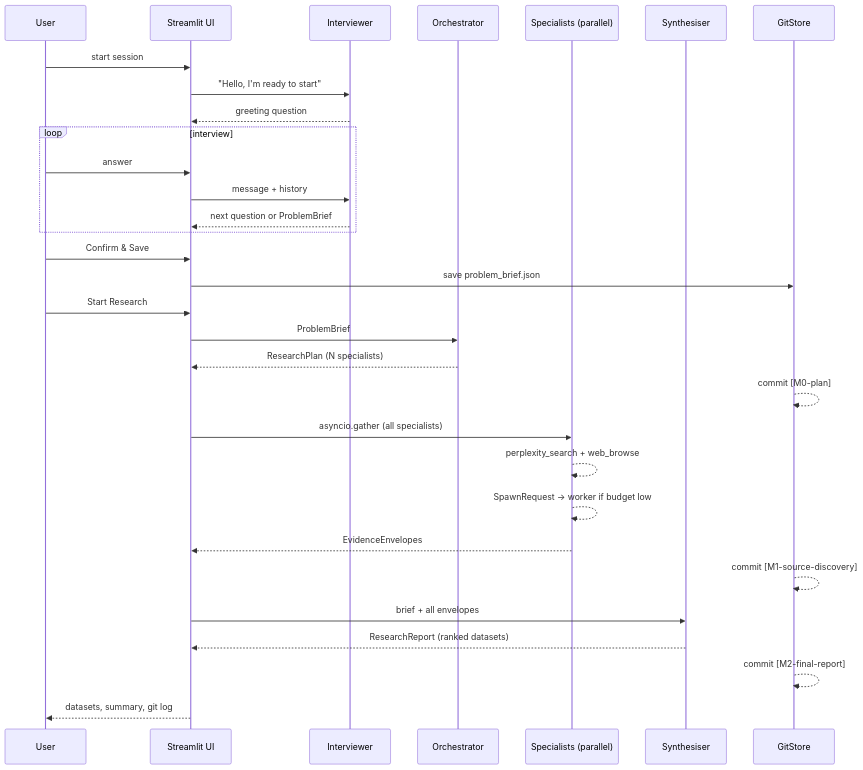
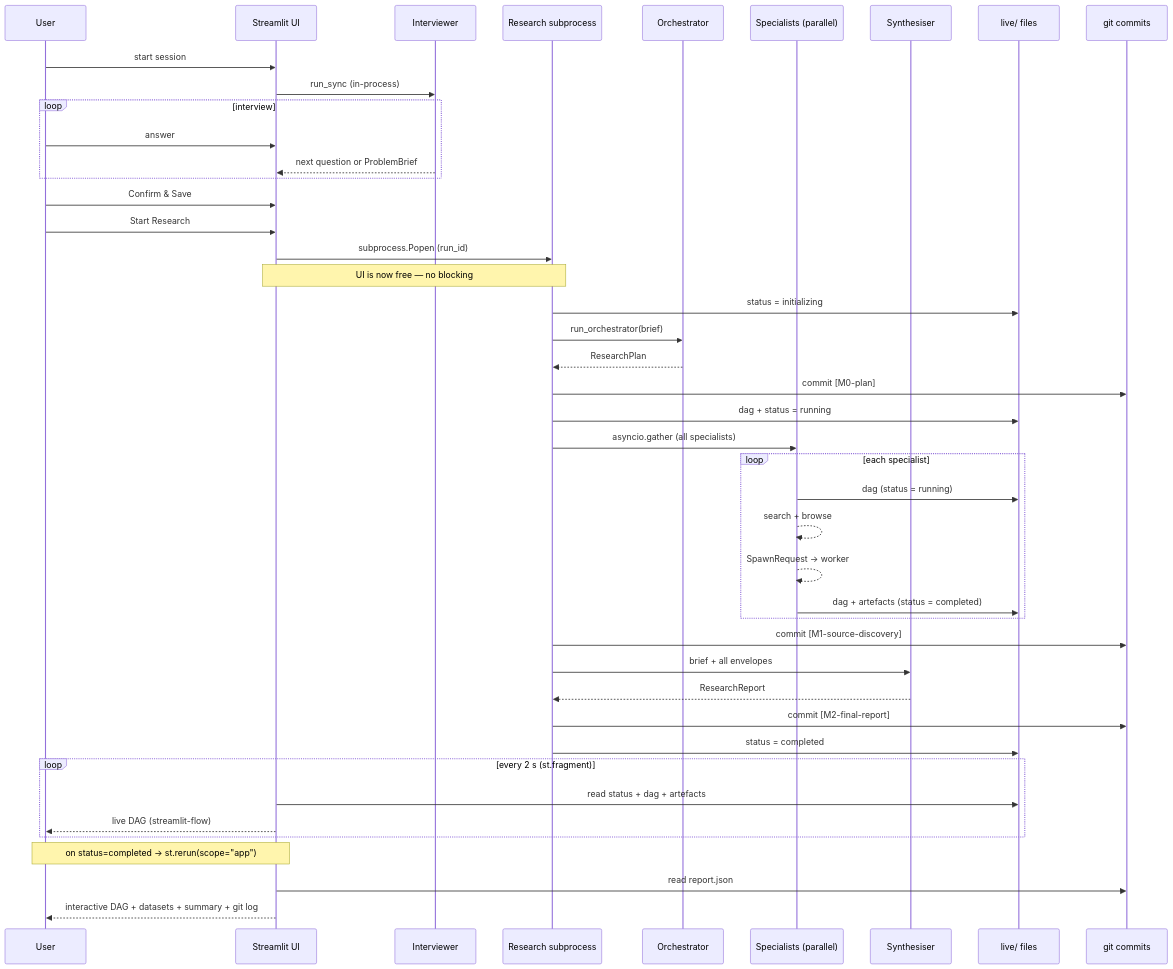
Before and after one commit to ai-agents-for-humans/slow-ai: the second of 5 diagrams in README.md, drawn with Mermaid. The commit also changed other lines of this file and 8 other files, not shown here.

Commit message:
Now adding flow diagram and changing architecture

````diff
--- a/README.md
+++ b/README.md
@@ -304,38 +313,52 @@
 ```mermaid
 sequenceDiagram
     participant U as User
     participant UI as Streamlit UI
     participant IV as Interviewer
+    participant SUB as Research subprocess
     participant ORC as Orchestrator
     participant SP as Specialists (parallel)
     participant SYN as Synthesiser
-    participant GIT as GitStore
+    participant LIVE as live/ files
+    participant GIT as git commits
 
     U->>UI: start session
-    UI->>IV: "Hello, I'm ready to start"
-    IV-->>UI: greeting question
+    UI->>IV: run_sync (in-process)
     loop interview
         U->>UI: answer
-        UI->>IV: message + history
         IV-->>UI: next question or ProblemBrief
     end
     U->>UI: Confirm & Save
-    UI->>GIT: save problem_brief.json
 
     U->>UI: Start Research
-    UI->>ORC: ProblemBrief
-    ORC-->>UI: ResearchPlan (N specialists)
-    GIT-->>GIT: commit [M0-plan]
+    UI->>SUB: subprocess.Popen (run_id)
+    Note over UI,SUB: UI is now free — no blocking
 
-    UI->>SP: asyncio.gather (all specialists)
-    SP-->>SP: perplexity_search + web_browse
-    SP-->>SP: SpawnRequest → worker if budget low
-    SP-->>UI: EvidenceEnvelopes
-    GIT-->>GIT: commit [M1-source-discovery]
+    SUB->>LIVE: status = initializing
+    SUB->>ORC: run_orchestrator(brief)
+    ORC-->>SUB: ResearchPlan
+    SUB->>GIT: commit [M0-plan]
+    SUB->>LIVE: dag + status = running
 
-    UI->>SYN: brief + all envelopes
-    SYN-->>UI: ResearchReport (ranked datasets)
-    GIT-->>GIT: commit [M2-final-report]
+    SUB->>SP: asyncio.gather (all specialists)
+    loop each specialist
+        SP->>LIVE: dag (status = running)
+        SP-->>SP: search + browse
+        SP-->>SP: SpawnRequest → worker
+        SP->>LIVE: dag + artefacts (status = completed)
+    end
+    SUB->>GIT: commit [M1-source-discovery]
 
-    UI-->>U: datasets, summary, git log
+    SUB->>SYN: brief + all envelopes
+    SYN-->>SUB: ResearchReport
+    SUB->>GIT: commit [M2-final-report]
+    SUB->>LIVE: status = completed
+
+    loop every 2 s (st.fragment)
+        UI->>LIVE: read status + dag + artefacts
+        UI-->>U: live DAG (streamlit-flow)
+    end
+    Note over UI,U: on status=completed → st.rerun(scope="app")
+    UI->>GIT: read report.json
+    UI-->>U: interactive DAG + datasets + summary + git log
 ```
````
